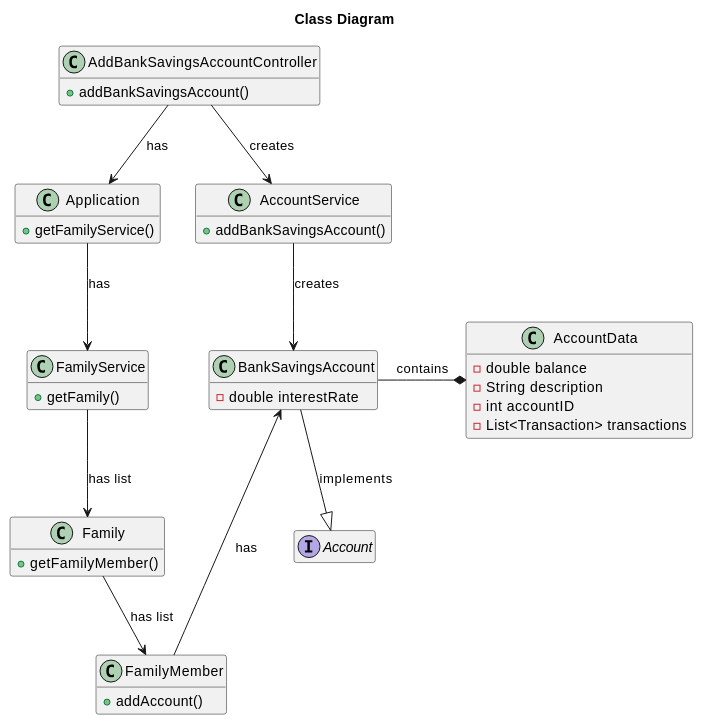
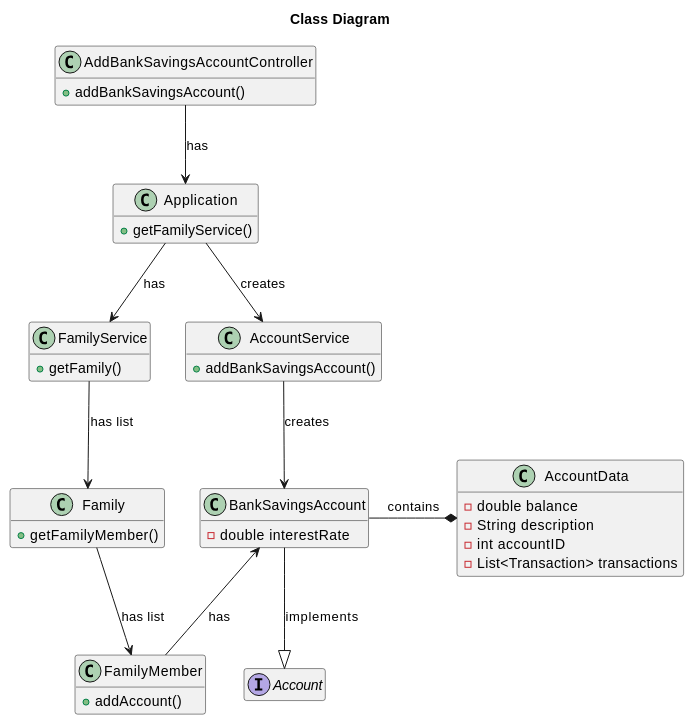
Before and after one commit to tomas-osswald/switch_2020_g3: the fourth of 4 diagrams in docs/sprint2/user_stories/US172_AddBankSavingsAccount.md, drawn with PlantUML. The commit also changed other lines of this file and 1 other file, not shown here.

Commit message:
Create AddBankSavingsAccountDTO. AddBankSavingsAccountController now accepts only a DTO.

````diff
--- a/docs/sprint2/user_stories/US172_AddBankSavingsAccount.md
+++ b/docs/sprint2/user_stories/US172_AddBankSavingsAccount.md
@@ -221,57 +223,57 @@
 ```puml
 
 
 
 title Class Diagram
 hide empty members
 
 class AddBankSavingsAccountController {
 + addBankSavingsAccount()
 }
 
 class BankSavingsAccount {
 - double interestRate
 }
 
 class Application {
 + getFamilyService()
 }
 
 class FamilyService {
 + getFamily()
 }
 
 class Family {
 + getFamilyMember()
 }
 
 class FamilyMember {
 + addAccount()
 }
 
 class AccountService {
 + addBankSavingsAccount()
 }
 
 class AccountData {
 - double balance
 - String description
 - int accountID
 - List<Transaction> transactions
 }
 
 
 interface Account {}
 
 AddBankSavingsAccountController --> Application : has
 Application --> FamilyService : has
-AddBankSavingsAccountController --> AccountService : creates
+Application --> AccountService : creates
 FamilyService --> Family : has list
 Family --> FamilyMember : has list
 AccountService --> BankSavingsAccount : creates
 BankSavingsAccount --|> Account : implements
 BankSavingsAccount -* AccountData : contains
 BankSavingsAccount <-- FamilyMember : has
 
 
 ```
````
